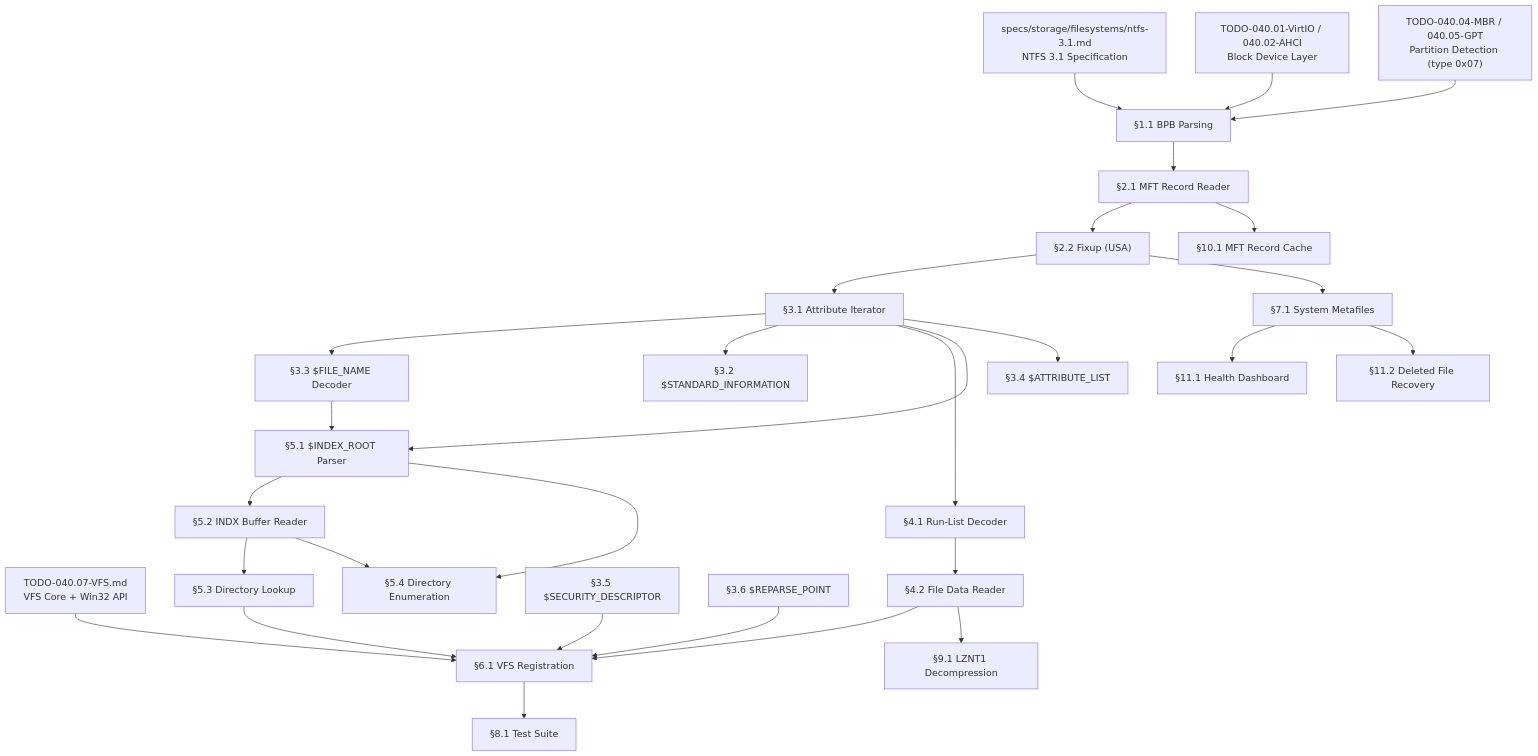
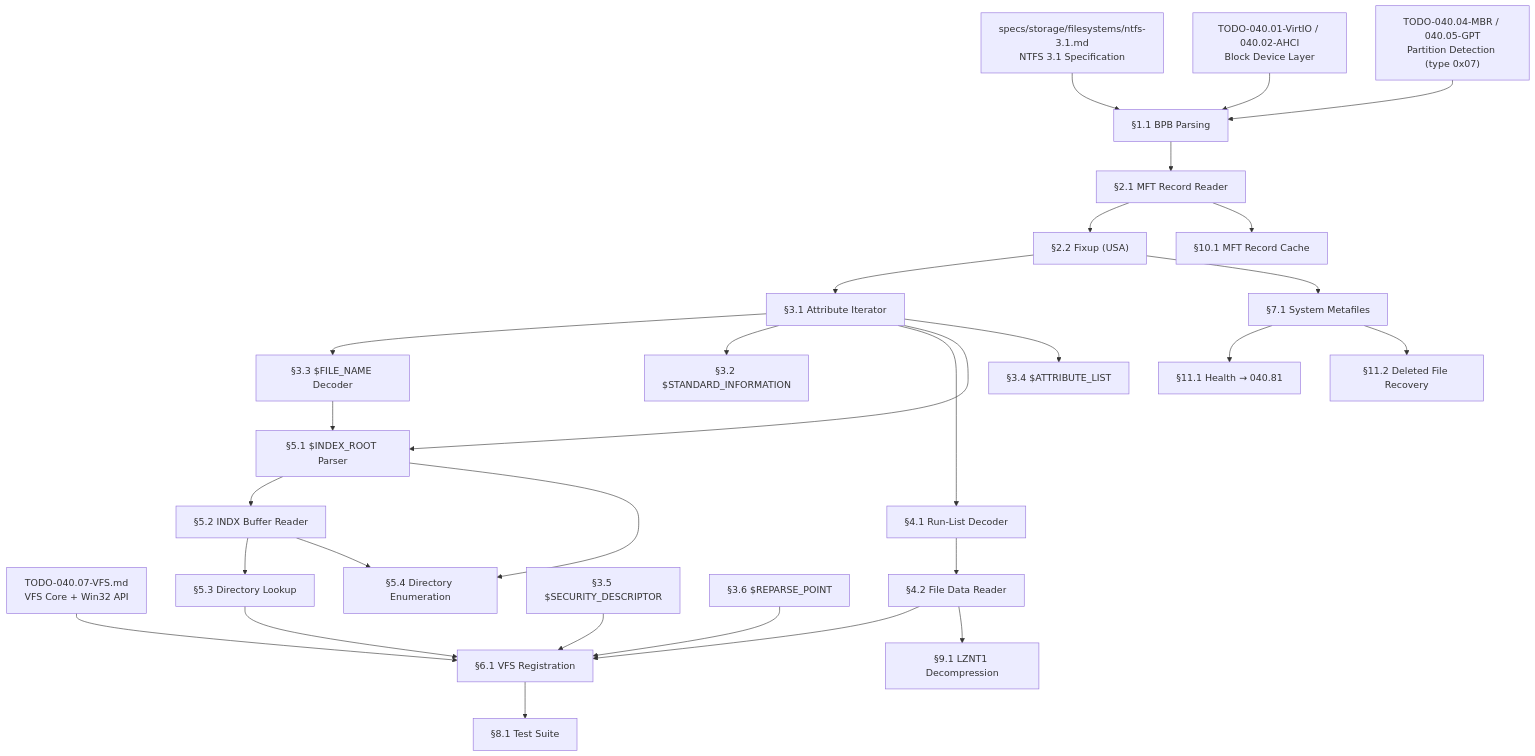
Before and after one commit to rizonesoft/impossible-os: the diagram in todo/010-Kernel-Foundations/TODO-040-Filesystem/TODO-040.08-NTFS.md, drawn with Mermaid. The commit also changed other lines of this file and 5 other files, not shown here.

First line of the commit message:
todo: create filesystem tools TODOs (Disk Manager + Health Dashboard)

````diff
--- a/todo/010-Kernel-Foundations/TODO-040-Filesystem/TODO-040.08-NTFS.md
+++ b/todo/010-Kernel-Foundations/TODO-040-Filesystem/TODO-040.08-NTFS.md
@@ -39,59 +39,59 @@
 ```mermaid
 graph TD
     SPEC["specs/storage/filesystems/ntfs-3.1.md<br/>NTFS 3.1 Specification"]
     BLK["TODO-040.01-VirtIO / 040.02-AHCI<br/>Block Device Layer"]
     PART["TODO-040.04-MBR / 040.05-GPT<br/>Partition Detection (type 0x07)"]
     VFS["TODO-040.07-VFS.md<br/>VFS Core + Win32 API"]
 
     A["§1.1 BPB Parsing"]
     B["§2.1 MFT Record Reader"]
     C["§2.2 Fixup (USA)"]
     D["§3.1 Attribute Iterator"]
     E["§3.3 $FILE_NAME Decoder"]
     F["§3.2 $STANDARD_INFORMATION"]
     G["§4.1 Run-List Decoder"]
     H["§4.2 File Data Reader"]
     I["§5.1 $INDEX_ROOT Parser"]
     J["§5.2 INDX Buffer Reader"]
     K["§5.3 Directory Lookup"]
     L["§6.1 VFS Registration"]
     M["§3.4 $ATTRIBUTE_LIST"]
     N["§3.5 $SECURITY_DESCRIPTOR"]
     O["§3.6 $REPARSE_POINT"]
     P["§5.4 Directory Enumeration"]
     Q["§7.1 System Metafiles"]
     R["§9.1 LZNT1 Decompression"]
     S["§10.1 MFT Record Cache"]
     T["§8.1 Test Suite"]
-    U["§11.1 Health Dashboard"]
+    U["§11.1 Health → 040.81"]
     V["§11.2 Deleted File Recovery"]
 
     SPEC --> A
     BLK --> A
     PART --> A
     A --> B
     B --> C
     C --> D
     D --> E
     D --> F
     D --> G
     G --> H
     E --> I
     D --> I
     I --> J
     J --> K
     K --> L
     H --> L
     VFS --> L
     D --> M
     N --> L
     O --> L
     I --> P
     J --> P
     C --> Q
     H --> R
     B --> S
     L --> T
     Q --> U
     Q --> V
 ```
````
